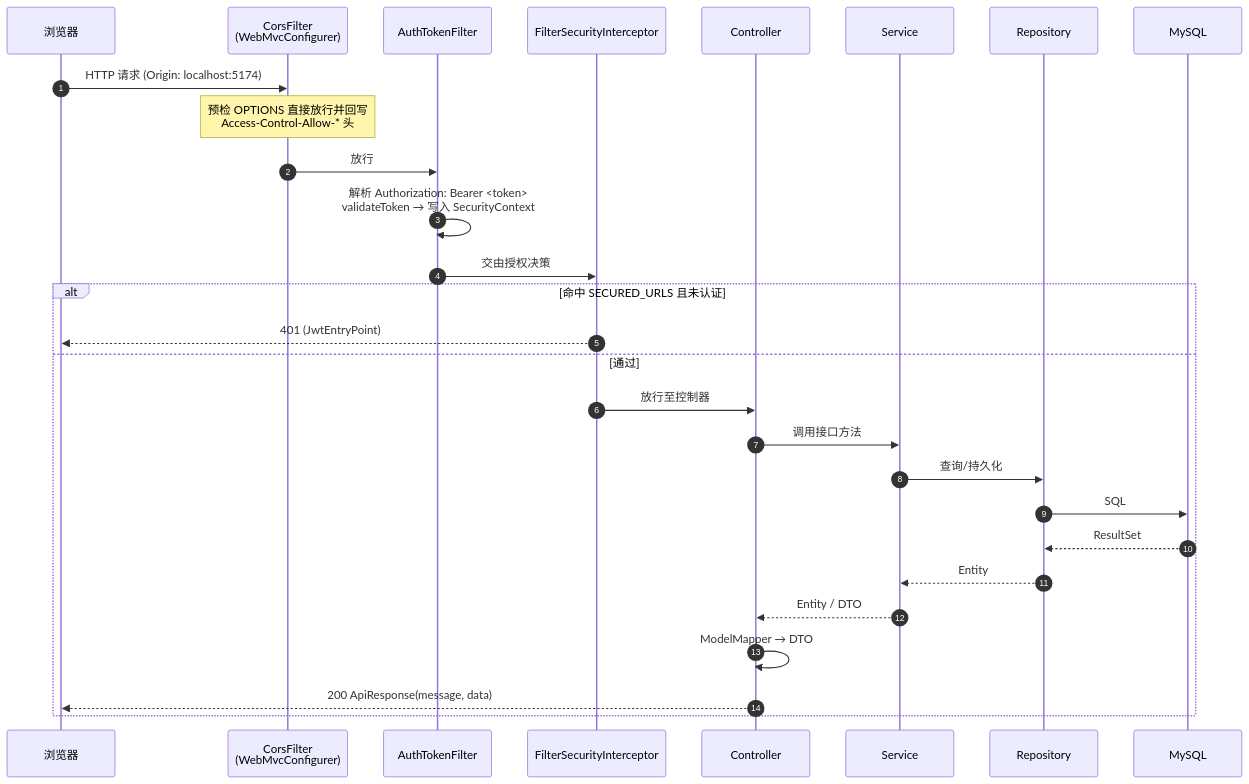
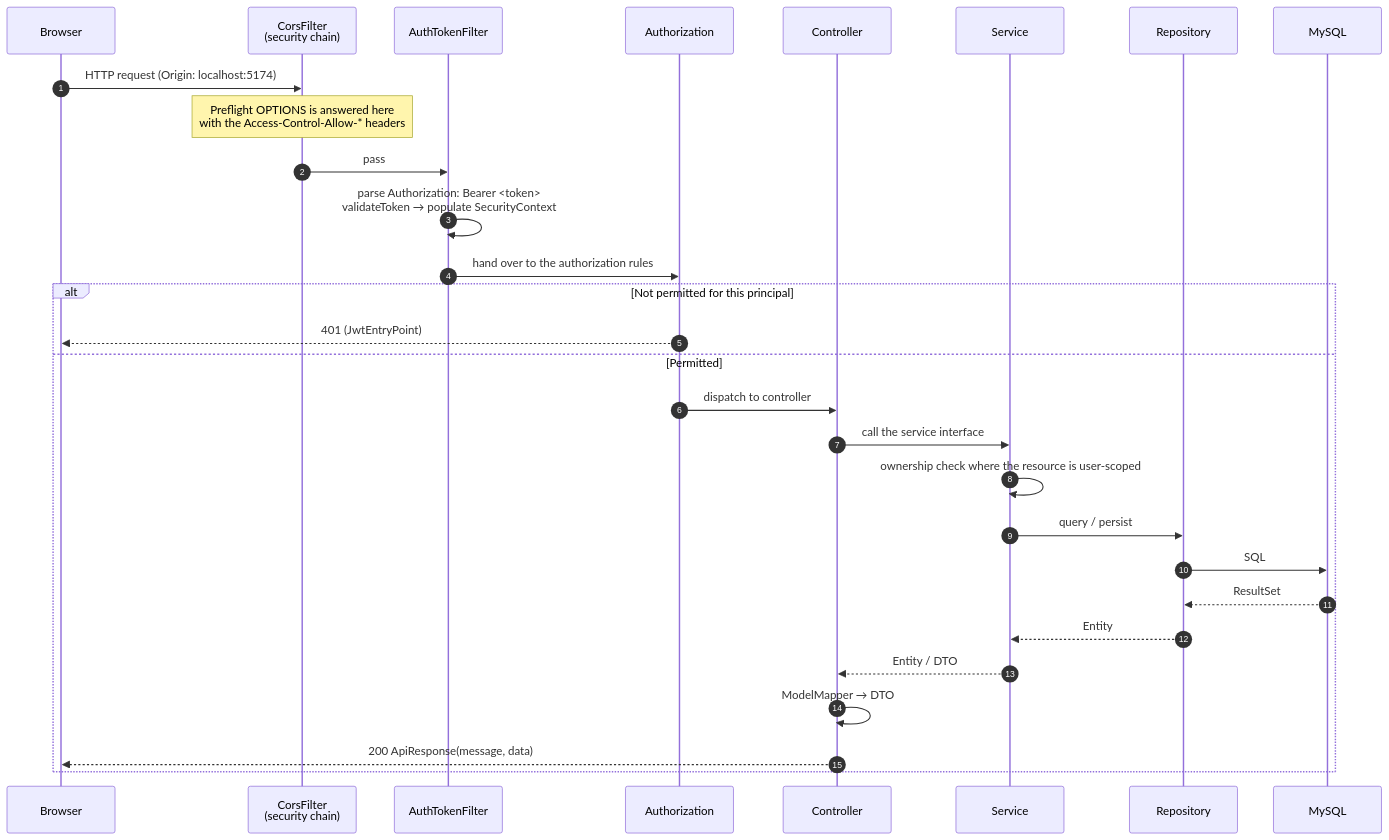
One commit to Chuan-Qiu/buynowdotcom changed the fifth of 24 diagrams in DESIGN.md. Above: the diagram before and after it, drawn with Mermaid. The commit also changed other lines of this file and 26 other files, not shown here.

````diff
--- a/DESIGN.md
+++ b/DESIGN.md
@@ -227,31 +228,32 @@
 ```mermaid
 sequenceDiagram
     autonumber
-    participant B as 浏览器
-    participant CORS as CorsFilter<br/>(WebMvcConfigurer)
+    participant B as Browser
+    participant CORS as CorsFilter<br/>(security chain)
     participant JWT as AuthTokenFilter
-    participant SEC as FilterSecurityInterceptor
+    participant SEC as Authorization
     participant C as Controller
     participant S as Service
     participant R as Repository
     participant DB as MySQL
 
-    B->>CORS: HTTP 请求 (Origin: localhost:5174)
-    Note over CORS: 预检 OPTIONS 直接放行并回写<br/>Access-Control-Allow-* 头
-    CORS->>JWT: 放行
-    JWT->>JWT: 解析 Authorization: Bearer <token><br/>validateToken → 写入 SecurityContext
-    JWT->>SEC: 交由授权决策
-    alt 命中 SECURED_URLS 且未认证
+    B->>CORS: HTTP request (Origin: localhost:5174)
+    Note over CORS: Preflight OPTIONS is answered here<br/>with the Access-Control-Allow-* headers
+    CORS->>JWT: pass
+    JWT->>JWT: parse Authorization: Bearer <token><br/>validateToken → populate SecurityContext
+    JWT->>SEC: hand over to the authorization rules
+    alt Not permitted for this principal
         SEC-->>B: 401 (JwtEntryPoint)
-    else 通过
-        SEC->>C: 放行至控制器
-        C->>S: 调用接口方法
-        S->>R: 查询/持久化
+    else Permitted
+        SEC->>C: dispatch to controller
+        C->>S: call the service interface
+        S->>S: ownership check where the resource is user-scoped
+        S->>R: query / persist
         R->>DB: SQL
         DB-->>R: ResultSet
         R-->>S: Entity
         S-->>C: Entity / DTO
         C->>C: ModelMapper → DTO
         C-->>B: 200 ApiResponse(message, data)
     end
 ```
````
